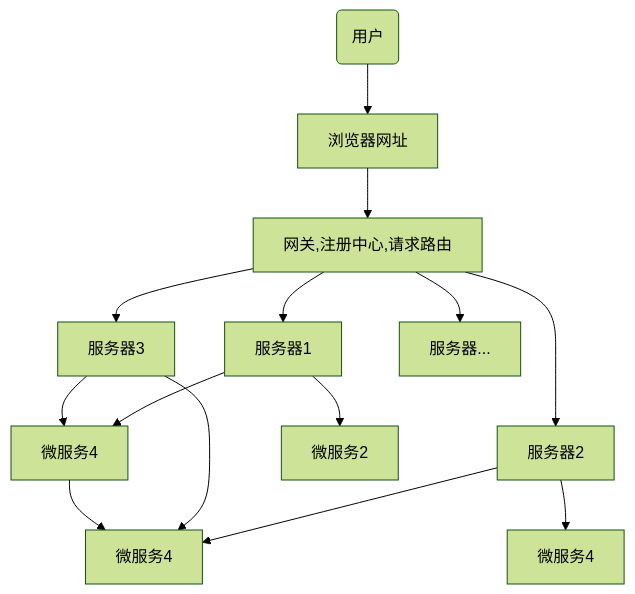
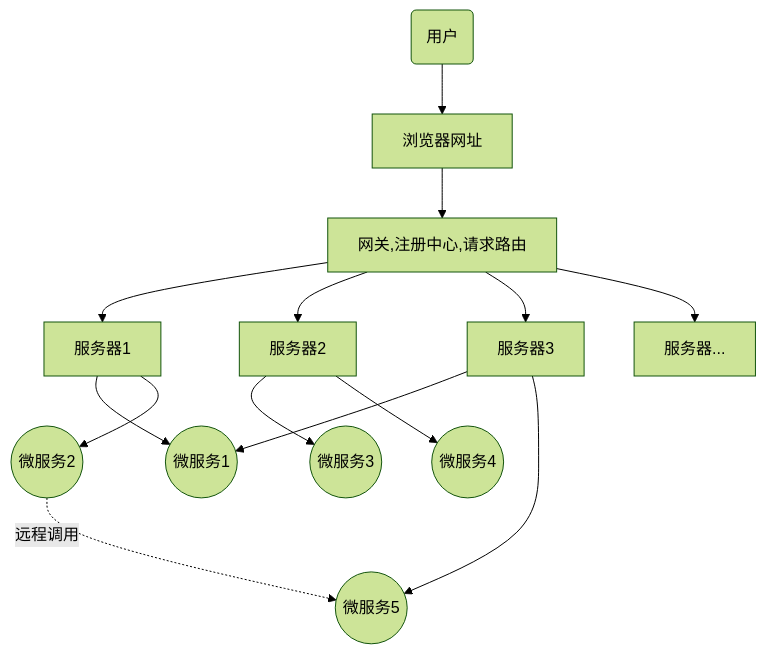
Before and after one commit to IteratingSystem/cloud-demo: the diagram in README.md, drawn with Mermaid (forest theme).

Commit message:
流程图测试

````diff
--- a/README.md
+++ b/README.md
@@ -7,16 +7,16 @@
 ```mermaid
 graph TB
     User(用户) --> Browser[浏览器网址]
     Browser --> Gateway[网关,注册中心,请求路由]
     Gateway --> Service1[服务器1]
     Gateway --> Service2[服务器2]
     Gateway --> Service3[服务器3]
     Gateway --> Service...[服务器...]
-    Service1 --> Server1[微服务1]
-    Service1 --> Server2[微服务2]
-    Service2 --> Server3[微服务3]
-    Service2 --> Server4[微服务4]
-    Service3 --> Server1[微服务4]
-    Service3 --> Server3[微服务4]
-    Server1 --> Server3
+    Service1 --> Server1((微服务1))
+    Service1 --> Server2((微服务2))
+    Service2 --> Server3((微服务3))
+    Service2 --> Server4((微服务4))
+    Service3 --> Server1
+    Service3 --> Server5((微服务5))
+    Server2 -.远程调用.-> Server5
 ```
````
